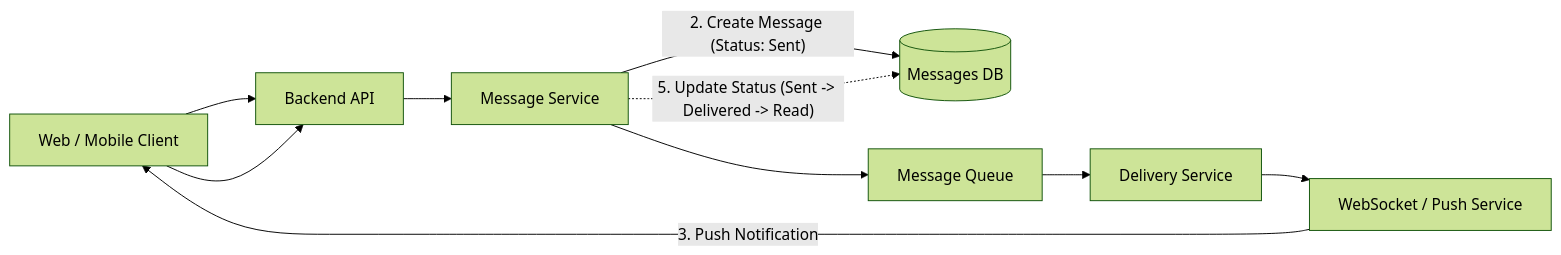
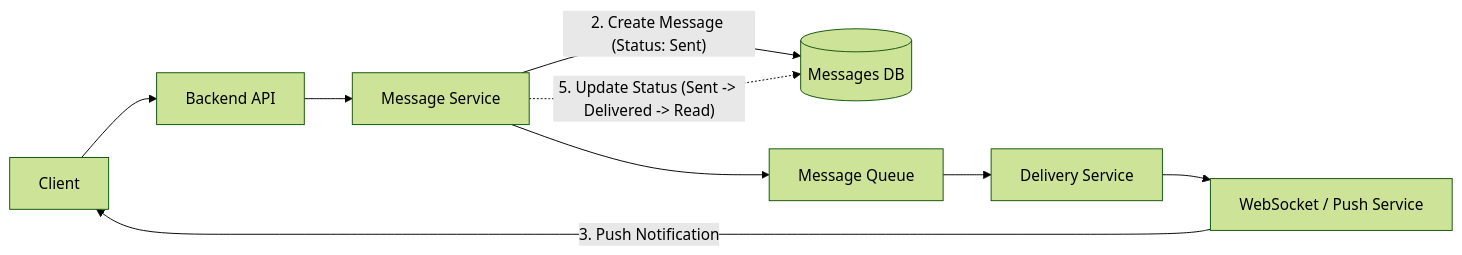
Before and after one commit to artembaranovsky1/Software-Design-and-Documentation_lab-1.1: the first of 3 diagrams in README.md, drawn with Mermaid (forest theme).

````diff
--- a/README.md
+++ b/README.md
@@ -13,16 +13,15 @@
 ```mermaid
 graph LR
-    Client[Web / Mobile Client] --> API[Backend API]
-    Client --> API
+    Client --> API[Backend API]
     
     API --> MS[Message Service]
     
     MS -- "2. Create Message (Status: Sent)" --> DB[(Messages DB)]
     MS -. "5. Update Status (Sent -> Delivered -> Read)" .-> DB
     
     MS --> Queue[Message Queue]
     Queue --> DS[Delivery Service]
     DS --> WS[WebSocket / Push Service]
     
     WS -- "3. Push Notification" --> Client
 ```
````
